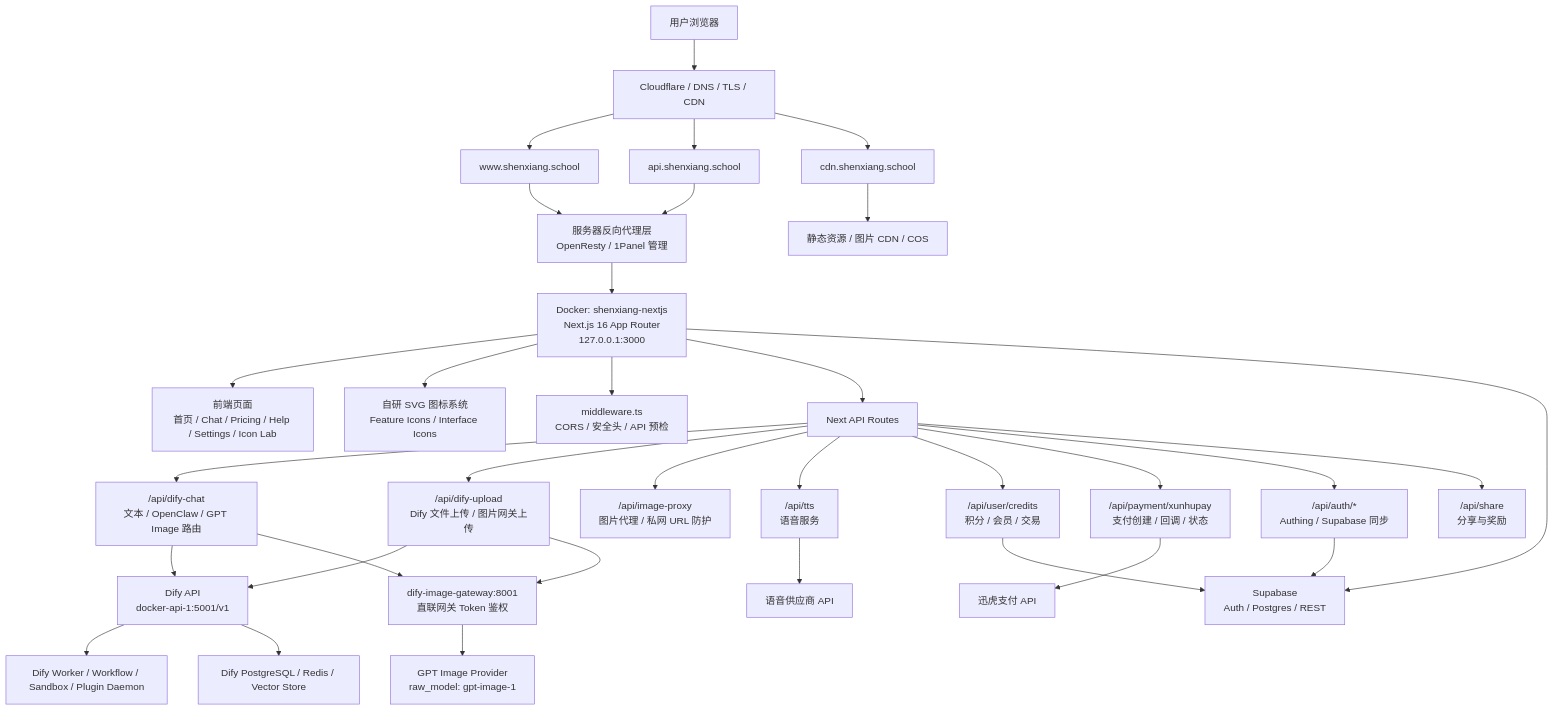
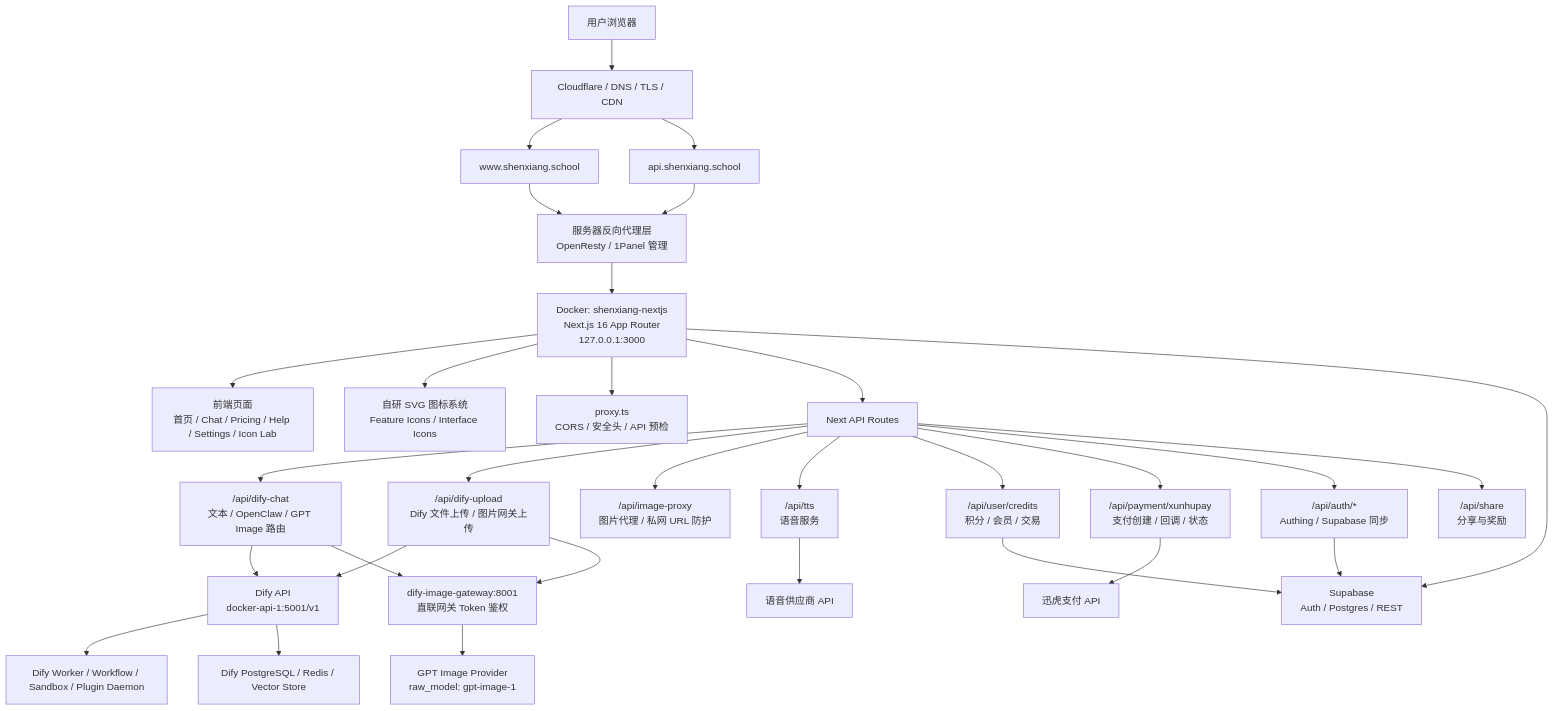
One commit to zhangyufei820/ai-essay-editor changed the diagram in docs/PROJECT-ARCHITECTURE.md. Above: the diagram before and after it, drawn with Mermaid. The commit also changed other lines of this file and 51 other files, not shown here.

````diff
--- a/docs/PROJECT-ARCHITECTURE.md
+++ b/docs/PROJECT-ARCHITECTURE.md
@@ -13,42 +13,40 @@
 ```mermaid
 flowchart TD
   U["用户浏览器"] --> CF["Cloudflare / DNS / TLS / CDN"]
   CF --> WWW["www.shenxiang.school"]
   CF --> API["api.shenxiang.school"]
-  CF --> CDN["cdn.shenxiang.school"]
 
   WWW --> RP["服务器反向代理层<br/>OpenResty / 1Panel 管理"]
   API --> RP
-  CDN --> COS["静态资源 / 图片 CDN / COS"]
 
   RP --> NEXT["Docker: shenxiang-nextjs<br/>Next.js 16 App Router<br/>127.0.0.1:3000"]
 
   NEXT --> PAGES["前端页面<br/>首页 / Chat / Pricing / Help / Settings / Icon Lab"]
   NEXT --> ICONS["自研 SVG 图标系统<br/>Feature Icons / Interface Icons"]
-  NEXT --> MW["middleware.ts<br/>CORS / 安全头 / API 预检"]
+  NEXT --> MW["proxy.ts<br/>CORS / 安全头 / API 预检"]
 
   NEXT --> APIROUTES["Next API Routes"]
   APIROUTES --> CHAT["/api/dify-chat<br/>文本 / OpenClaw / GPT Image 路由"]
   APIROUTES --> UPLOAD["/api/dify-upload<br/>Dify 文件上传 / 图片网关上传"]
   APIROUTES --> IMGPROXY["/api/image-proxy<br/>图片代理 / 私网 URL 防护"]
   APIROUTES --> TTS["/api/tts<br/>语音服务"]
   APIROUTES --> CREDIT["/api/user/credits<br/>积分 / 会员 / 交易"]
   APIROUTES --> PAY["/api/payment/xunhupay<br/>支付创建 / 回调 / 状态"]
   APIROUTES --> AUTH["/api/auth/*<br/>Authing / Supabase 同步"]
   APIROUTES --> SHARE["/api/share<br/>分享与奖励"]
 
   CHAT --> DIFYAPI["Dify API<br/>docker-api-1:5001/v1"]
   UPLOAD --> DIFYAPI
   CHAT --> IMGW["dify-image-gateway:8001<br/>直联网关 Token 鉴权"]
   UPLOAD --> IMGW
   IMGW --> OPENAIIMG["GPT Image Provider<br/>raw_model: gpt-image-1"]
 
   DIFYAPI --> DIFYWORKER["Dify Worker / Workflow / Sandbox / Plugin Daemon"]
   DIFYAPI --> DIFYDB["Dify PostgreSQL / Redis / Vector Store"]
 
   NEXT --> SUPA["Supabase<br/>Auth / Postgres / REST"]
   CREDIT --> SUPA
   AUTH --> SUPA
   PAY --> XUNHU["迅虎支付 API"]
   TTS --> VOICE["语音供应商 API"]
 ```
````
